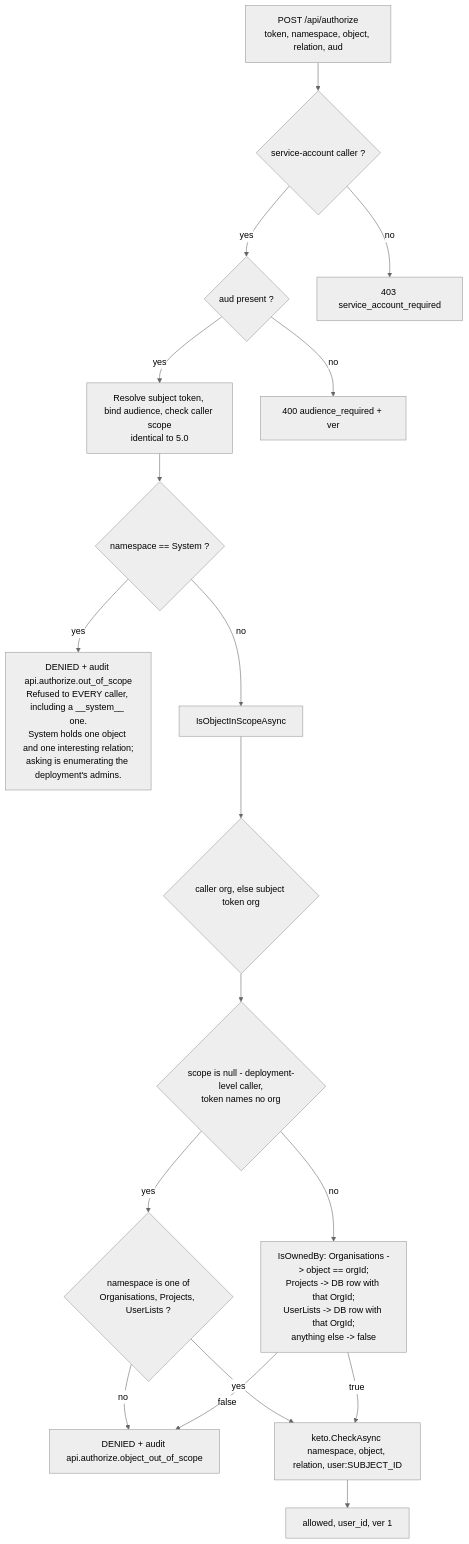
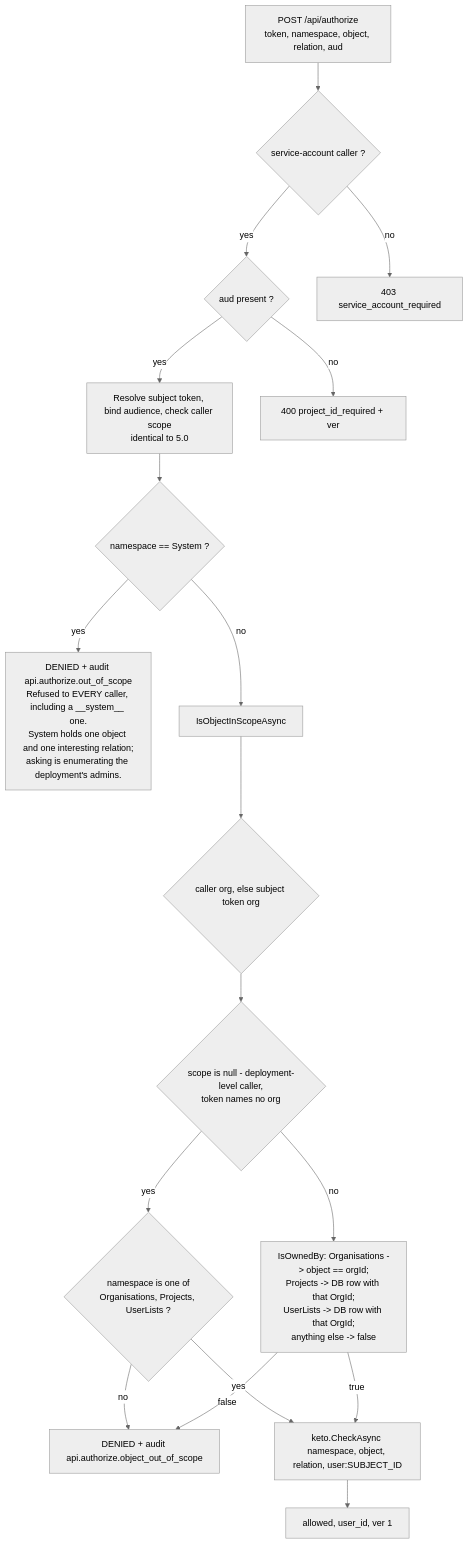
Diagram 15 of 27 in docs/DIAGRAMS.md (GuillaumeCariou/RediensIAM), drawn with Mermaid (neutral theme) before and after one commit. The commit also changed other lines of this file and 93 other files, not shown here.

````diff
--- a/docs/DIAGRAMS.md
+++ b/docs/DIAGRAMS.md
@@ -615,32 +600,32 @@
 ```mermaid
 flowchart TD
     a["POST /api/authorize<br/>token, namespace, object, relation, aud"]
     b{"service-account caller ?"}
     c{"aud present ?"}
     d["Resolve subject token, bind audience, check caller scope<br/>identical to 5.0"]
     e{"namespace == System ?"}
     f["DENIED + audit api.authorize.out_of_scope<br/>Refused to EVERY caller, including a __system__ one.<br/>System holds one object and one interesting relation;<br/>asking is enumerating the deployment's admins."]
     g["IsObjectInScopeAsync"]
     h{"caller org, else subject token org"}
     i{"scope is null - deployment-level caller,<br/>token names no org"}
     j{"namespace is one of<br/>Organisations, Projects, UserLists ?"}
     k["DENIED + audit api.authorize.object_out_of_scope"]
     l["IsOwnedBy: Organisations -> object == orgId;<br/>Projects -> DB row with that OrgId;<br/>UserLists -> DB row with that OrgId;<br/>anything else -> false"]
     m["keto.CheckAsync namespace, object, relation, user:SUBJECT_ID"]
     n["allowed, user_id, ver 1"]
 
     a-->b
     b-->|"no"| x1["403 service_account_required"]
     b-->|"yes"| c
-    c-->|"no"| x2["400 audience_required + ver"]
+    c-->|"no"| x2["400 project_id_required + ver"]
     c-->|"yes"| d --> e
     e-->|"yes"| f
     e-->|"no"| g --> h --> i
     i-->|"yes"| j
     j-->|"no"| k
     j-->|"yes"| m
     i-->|"no"| l
     l-->|"false"| k
     l-->|"true"| m
     m --> n
 ```
````
